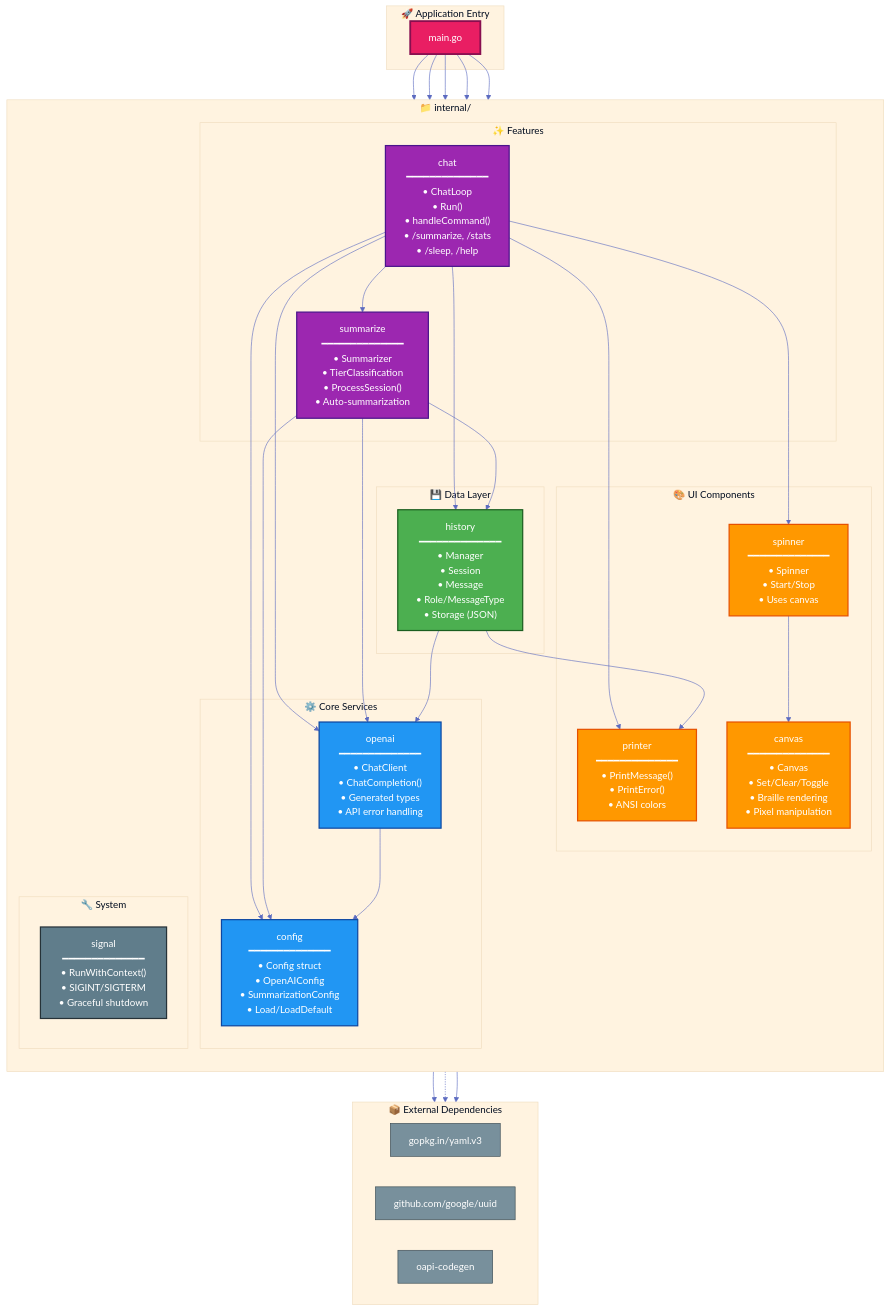
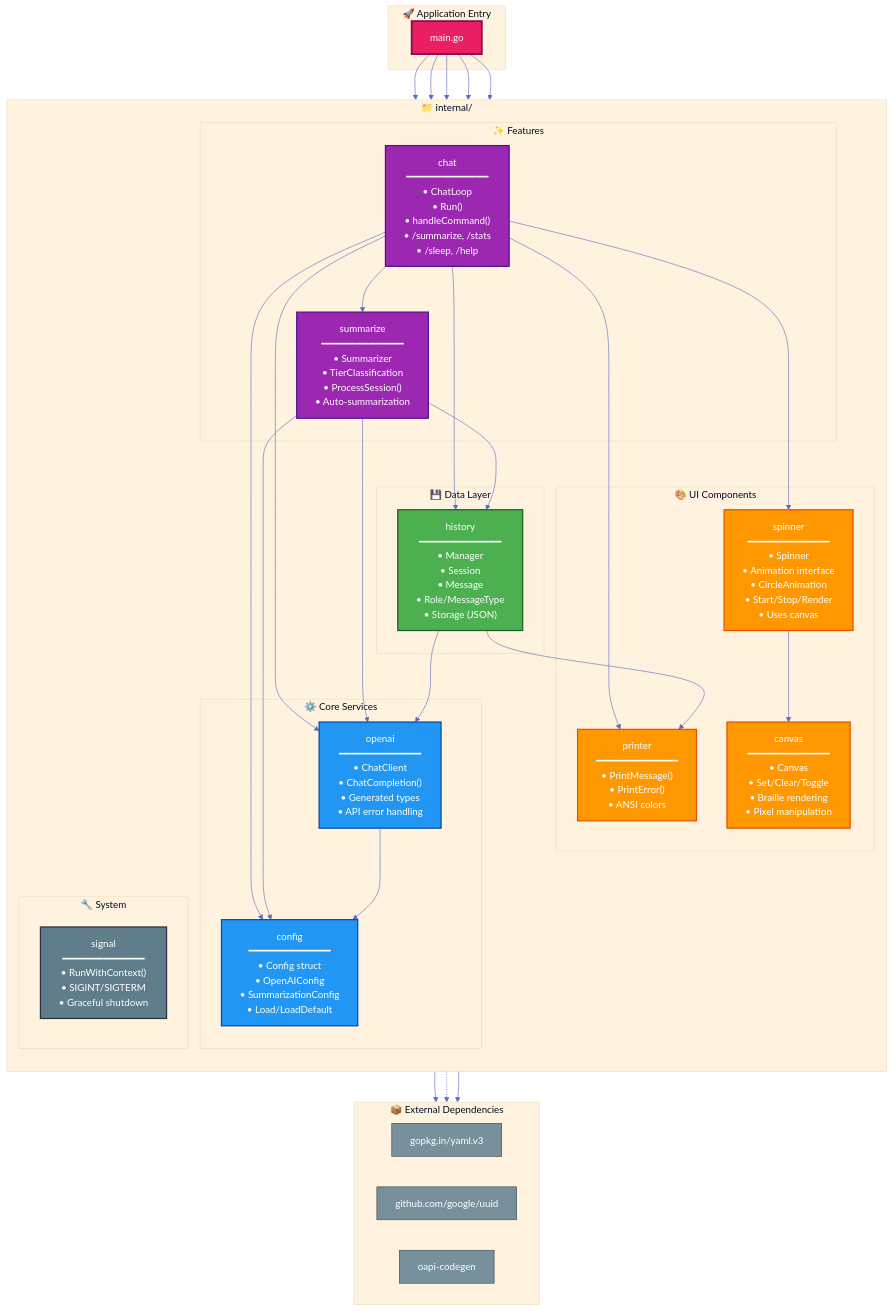
One commit to LTI2000/gopus changed the diagram in docs/dependency-diagram.md. Above: the diagram before and after it, drawn with Mermaid. The commit also changed other lines of this file and 6 other files, not shown here.

```diff
--- a/docs/dependency-diagram.md
+++ b/docs/dependency-diagram.md
@@ -79,7 +79,9 @@
             spinner["spinner
             ━━━━━━━━━━━━━━
             • Spinner
-            • Start/Stop
+            • Animation interface
+            • CircleAnimation
+            • Start/Stop/Render
             • Uses canvas"]
         end
         
```
